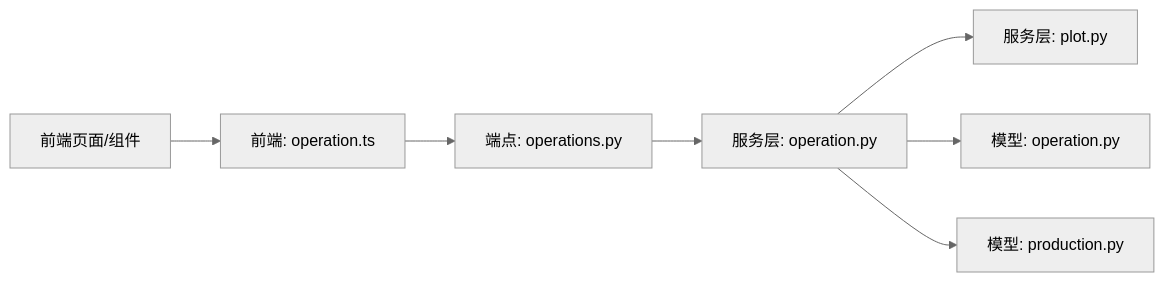
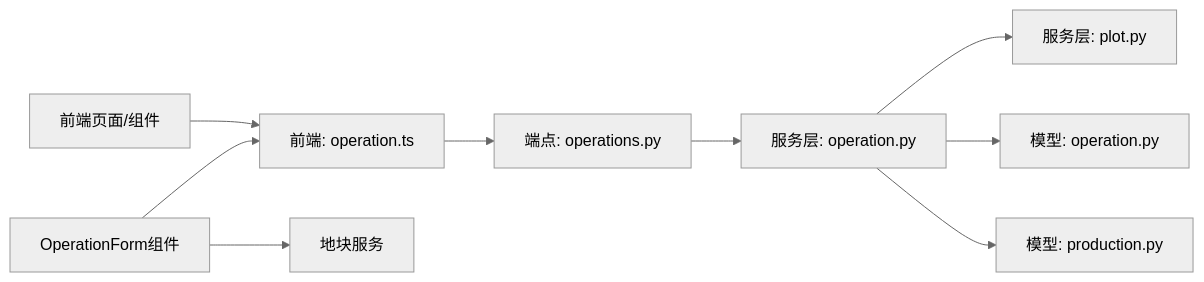
One commit to wungjyan/pocket-farm changed the fifth of 5 diagrams in .qoder/repowiki/zh/content/项目概览/核心功能/农事活动记录.md. Above: the diagram before and after it, drawn with Mermaid (neutral theme). The commit also changed other lines of this file and 198 other files, not shown here.

````diff
--- a/.qoder/repowiki/zh/content/项目概览/核心功能/农事活动记录.md
+++ b/.qoder/repowiki/zh/content/项目概览/核心功能/农事活动记录.md
@@ -307,9 +347,11 @@
 ```mermaid
 graph LR
 SVC_OP["服务层: operation.py"] --> SVC_PLOT["服务层: plot.py"]
 SVC_OP --> MOD_OP["模型: operation.py"]
 SVC_OP --> MOD_PROD["模型: production.py"]
 EP["端点: operations.py"] --> SVC_OP
 FE_SVC["前端: operation.ts"] --> EP
 FE_PAGE["前端页面/组件"] --> FE_SVC
+OP_COMP["OperationForm组件"] --> PLOT_SVC["地块服务"]
+OP_COMP --> FE_SVC
 ```
````
